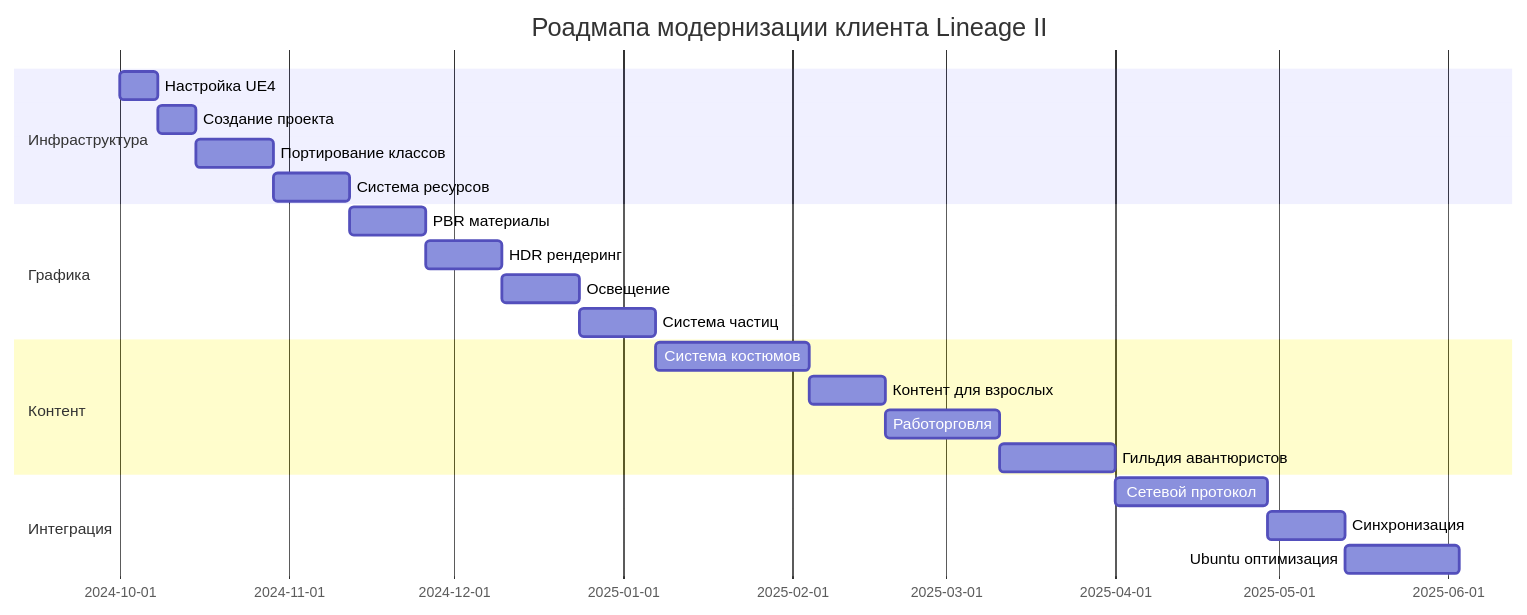
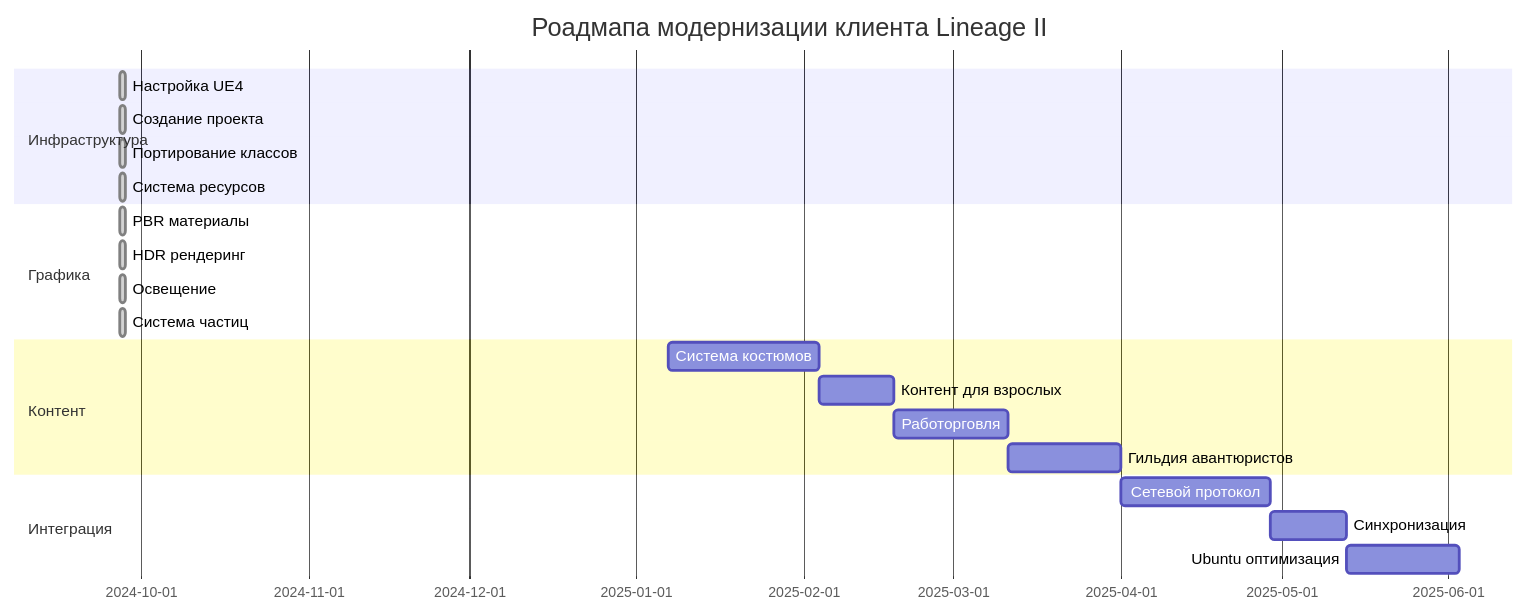
Before and after one commit to ni-okr/la2j_server_fakeplayers_ai: the first of 3 diagrams in obsidian-vault/01-Планирование/Модернизация-клиента.md, drawn with Mermaid. The commit also changed 27 other files, not shown here.

First line of the commit message:
v4.1: Modern Graphics System Complete

````diff
--- a/obsidian-vault/01-Планирование/Модернизация-клиента.md
+++ b/obsidian-vault/01-Планирование/Модернизация-клиента.md
@@ -17,27 +17,27 @@
 ```mermaid
 gantt
     title Роадмапа модернизации клиента Lineage II
     dateFormat YYYY-MM-DD
     section Инфраструктура
-    Настройка UE4          :2024-10-01, 7d
-    Создание проекта       :2024-10-08, 7d
-    Портирование классов   :2024-10-15, 14d
-    Система ресурсов       :2024-10-29, 14d
+    Настройка UE4          :done, 2024-09-27, 1d
+    Создание проекта       :done, 2024-09-27, 1d
+    Портирование классов   :done, 2024-09-27, 1d
+    Система ресурсов       :done, 2024-09-27, 1d
     
     section Графика
-    PBR материалы          :2024-11-12, 14d
-    HDR рендеринг          :2024-11-26, 14d
-    Освещение              :2024-12-10, 14d
-    Система частиц         :2024-12-24, 14d
+    PBR материалы          :done, 2024-09-27, 1d
+    HDR рендеринг          :done, 2024-09-27, 1d
+    Освещение              :done, 2024-09-27, 1d
+    Система частиц         :done, 2024-09-27, 1d
     
     section Контент
     Система костюмов       :2025-01-07, 28d
     Контент для взрослых   :2025-02-04, 14d
     Работорговля           :2025-02-18, 21d
     Гильдия авантюристов   :2025-03-11, 21d
     
     section Интеграция
     Сетевой протокол       :2025-04-01, 28d
     Синхронизация          :2025-04-29, 14d
     Ubuntu оптимизация     :2025-05-13, 21d
 ```
````
